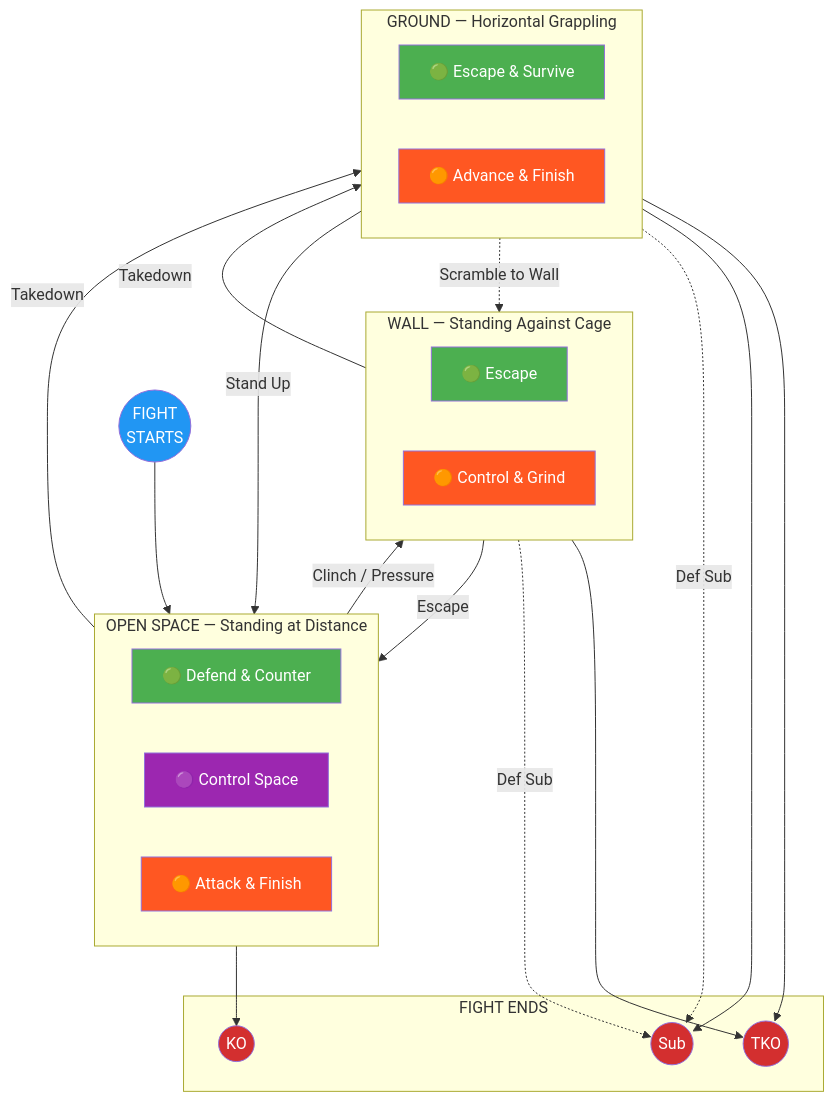
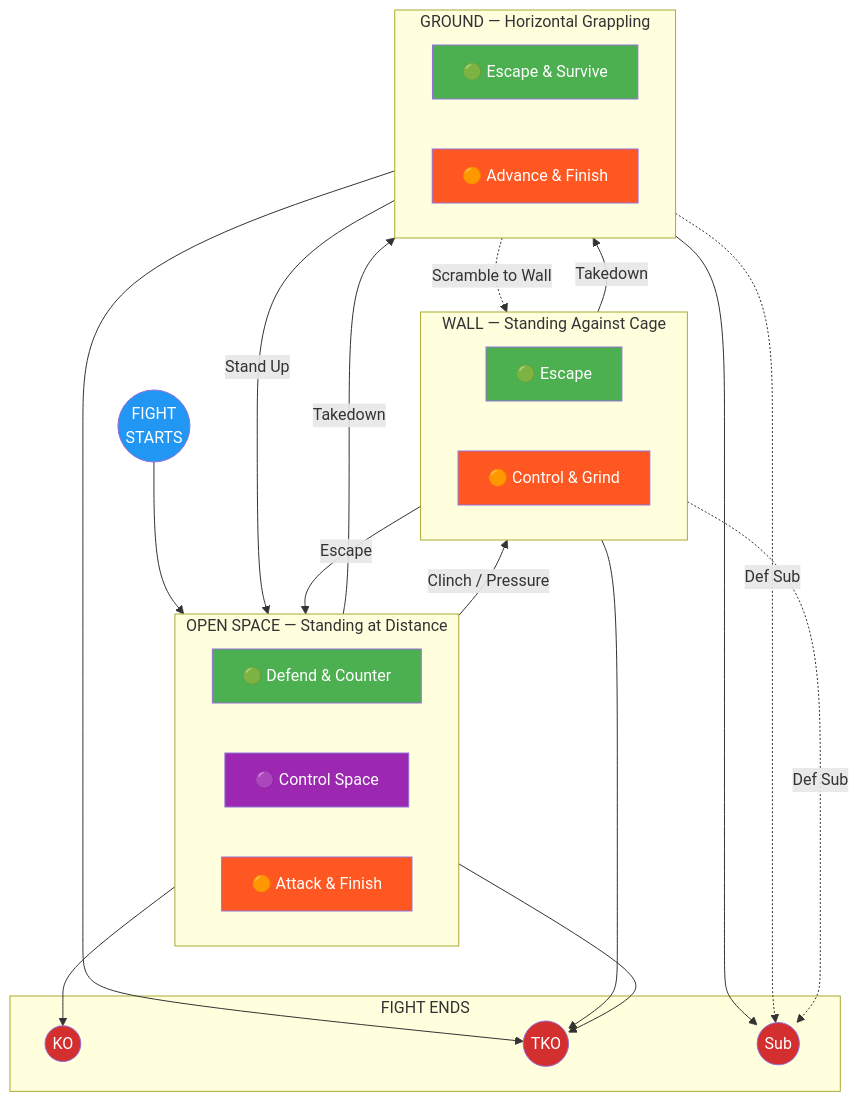
Before and after one commit to ACalienes/Ecological-MMA-Game-System: the diagram in docs/index.md, drawn with Mermaid. The commit also changed other lines of this file, not shown here.

First line of the commit message:
Fix home page diagram: Add O_ATK → TKO path

````diff
--- a/docs/index.md
+++ b/docs/index.md
@@ -69,66 +69,67 @@
 ```mermaid
 flowchart TB
     START((FIGHT<br>STARTS)) --> OPEN
 
     subgraph OPEN["OPEN SPACE — Standing at Distance"]
         direction LR
         O_DEF["🟢 Defend & Counter"]
         O_CTL["🟣 Control Space"]
         O_ATK["🟠 Attack & Finish"]
     end
 
     subgraph WALL["WALL — Standing Against Cage"]
         direction LR
         W_DEF["🟢 Escape"]
         W_ATK["🟠 Control & Grind"]
     end
 
     subgraph GROUND["GROUND — Horizontal Grappling"]
         direction LR
         G_DEF["🟢 Escape & Survive"]
         G_ATK["🟠 Advance & Finish"]
     end
 
     subgraph FINISH["FIGHT ENDS"]
         KO((KO))
         TKO((TKO))
         SUB((Sub))
     end
 
     %% Transitions between positions
     OPEN -->|"Clinch / Pressure"| WALL
     OPEN -->|"Takedown"| GROUND
     WALL -->|"Escape"| OPEN
     WALL -->|"Takedown"| GROUND
     GROUND -->|"Stand Up"| OPEN
     GROUND -.->|"Scramble to Wall"| WALL
 
     %% Paths to finish
     O_ATK --> KO
+    O_ATK --> TKO
     W_ATK --> TKO
     G_ATK --> TKO
     G_ATK --> SUB
     G_DEF -.->|"Def Sub"| SUB
     W_DEF -.->|"Def Sub"| SUB
 
     %% Styling
     style START fill:#2196F3,color:#fff
     style O_DEF fill:#4CAF50,color:#fff
     style O_CTL fill:#9C27B0,color:#fff
     style O_ATK fill:#FF5722,color:#fff
     style W_DEF fill:#4CAF50,color:#fff
     style W_ATK fill:#FF5722,color:#fff
     style G_DEF fill:#4CAF50,color:#fff
     style G_ATK fill:#FF5722,color:#fff
     style KO fill:#D32F2F,color:#fff
     style TKO fill:#D32F2F,color:#fff
     style SUB fill:#D32F2F,color:#fff
 
     click O_DEF "#open-space-defensive"
     click O_CTL "#open-space-control"
     click O_ATK "#open-space-offensive"
     click W_DEF "#wall-defensive"
     click W_ATK "#wall-offensive"
     click G_DEF "#ground-defensive"
     click G_ATK "#ground-offensive"
 ```
````
